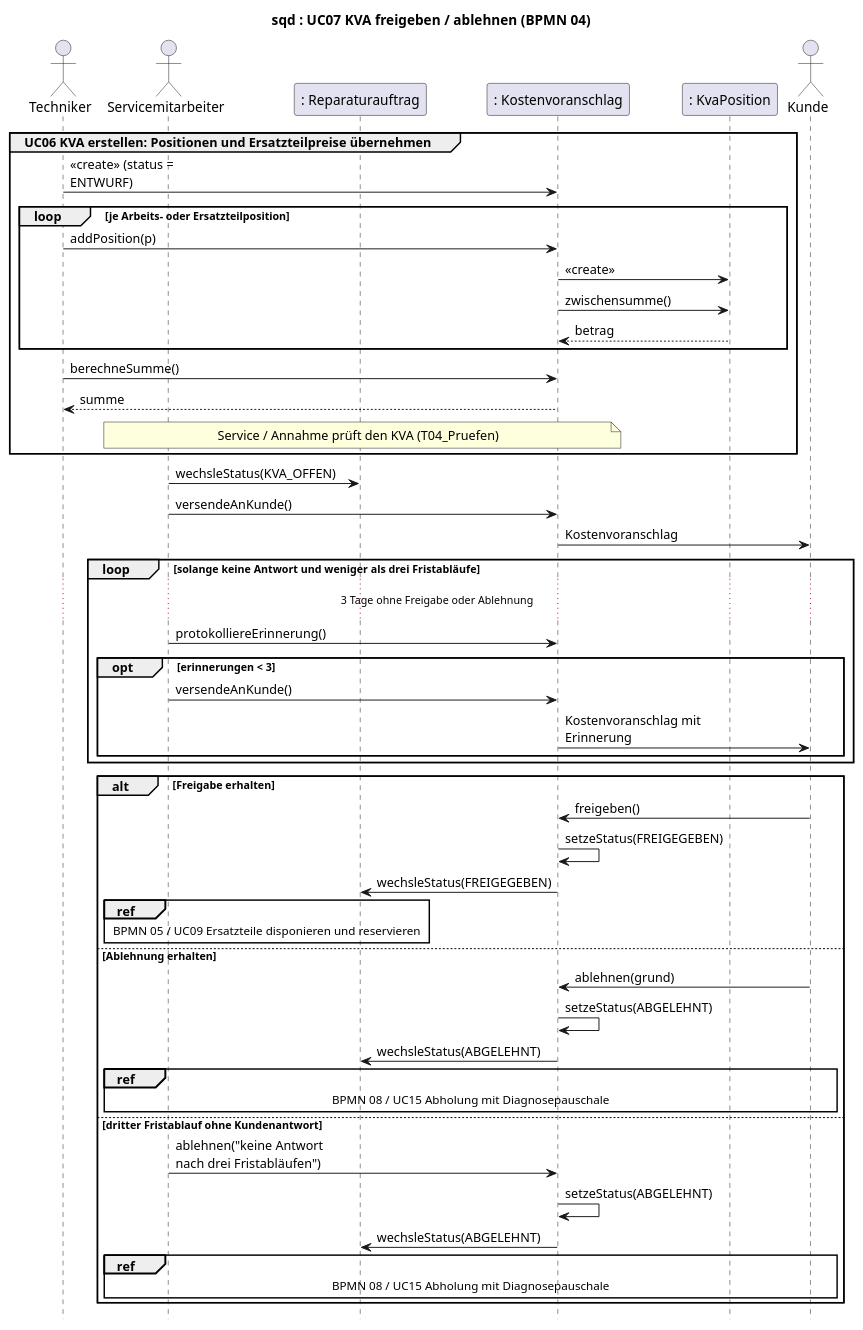
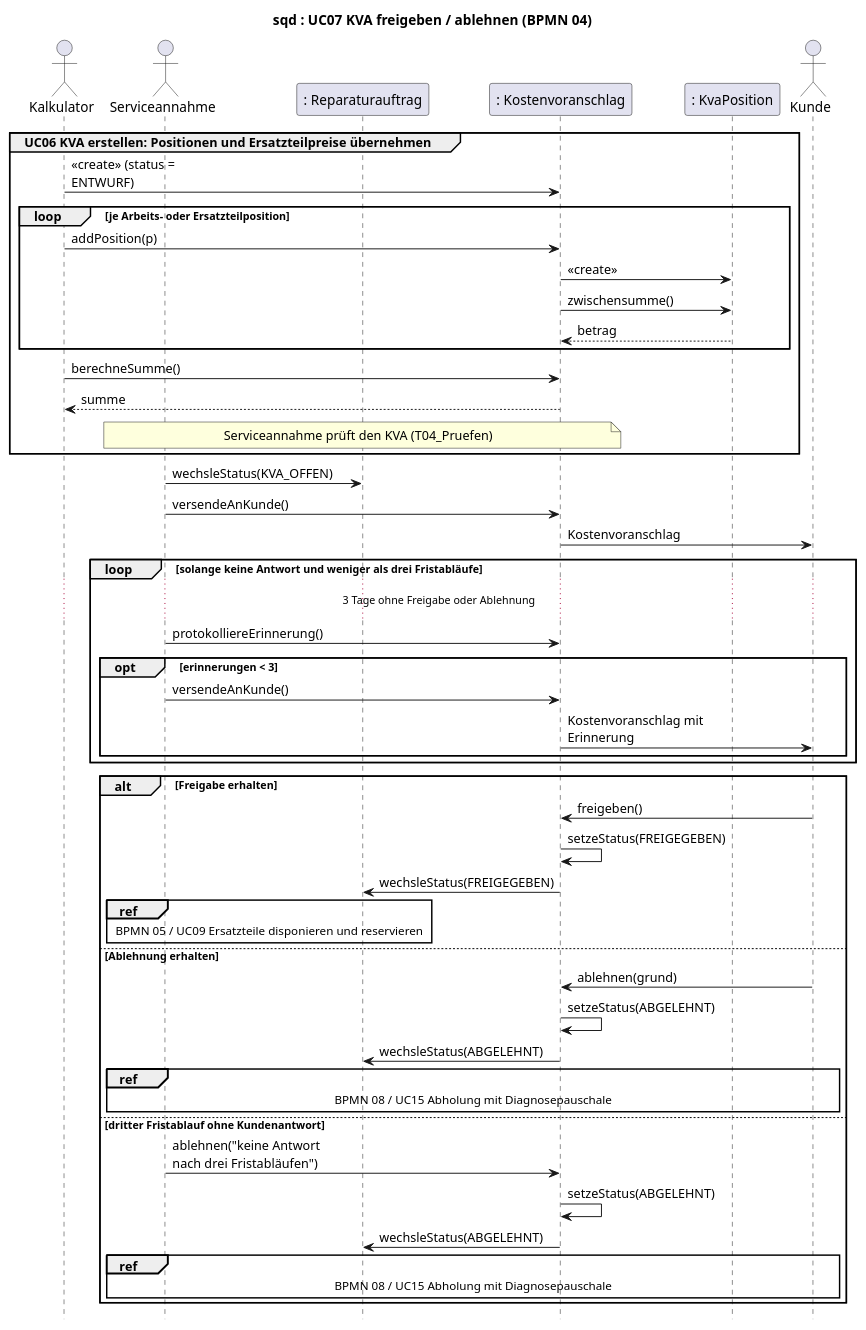
The diagram in 2_uml/entwurf-plantuml/sequenz-02-kva-freigabe.puml (jakobschwan123-cmd/casestudy-semester-3), drawn with PlantUML before and after one commit. The commit also changed 28 other files, not shown here.

```diff
--- a/2_uml/entwurf-plantuml/sequenz-02-kva-freigabe.puml
+++ b/2_uml/entwurf-plantuml/sequenz-02-kva-freigabe.puml
@@ -1,56 +1,56 @@
 @startuml
 ' BPMN: p04-kostenvoranschlag.bpmn
 ' BPMN-Nodes: T04_Positionen T04_Preise T04_Berechnen T04_Pruefen T04_Status T04_Senden E04_Freigabe E04_Ablehnung E04_Timer T04_Erinnerung GW04_Dritte T04_Freigegeben T04_Dispo T04_Abgelehnt T04_Abholung
 title sqd : UC07 KVA freigeben / ablehnen (BPMN 04)
 skinparam defaultFontName Arial
 skinparam sequenceMessageAlign left
 skinparam maxMessageSize 160
 hide footbox
 
-actor Techniker
-actor Servicemitarbeiter as SM
+actor Kalkulator as Techniker
+actor Serviceannahme as SM
 participant ": Reparaturauftrag" as RA
 participant ": Kostenvoranschlag" as KVA
 participant ": KvaPosition" as POS
 actor Kunde
 
 group UC06 KVA erstellen: Positionen und Ersatzteilpreise übernehmen
 Techniker -> KVA : <<create>> (status = ENTWURF)
 loop je Arbeits- oder Ersatzteilposition
     Techniker -> KVA : addPosition(p)
     KVA -> POS : <<create>>
     KVA -> POS : zwischensumme()
     POS --> KVA : betrag
 end
 Techniker -> KVA : berechneSumme()
 KVA --> Techniker : summe
-note over SM, KVA : Service / Annahme prüft den KVA (T04_Pruefen)
+note over SM, KVA : Serviceannahme prüft den KVA (T04_Pruefen)
 end
 SM -> RA : wechsleStatus(KVA_OFFEN)
 SM -> KVA : versendeAnKunde()
 KVA -> Kunde : Kostenvoranschlag
 loop solange keine Antwort und weniger als drei Fristabläufe
     ... 3 Tage ohne Freigabe oder Ablehnung ...
     SM -> KVA : protokolliereErinnerung()
     opt erinnerungen < 3
         SM -> KVA : versendeAnKunde()
         KVA -> Kunde : Kostenvoranschlag mit Erinnerung
     end
 end
 alt Freigabe erhalten
     Kunde -> KVA : freigeben()
     KVA -> KVA : setzeStatus(FREIGEGEBEN)
     KVA -> RA : wechsleStatus(FREIGEGEBEN)
     ref over SM, RA : BPMN 05 / UC09 Ersatzteile disponieren und reservieren
 else Ablehnung erhalten
     Kunde -> KVA : ablehnen(grund)
     KVA -> KVA : setzeStatus(ABGELEHNT)
     KVA -> RA : wechsleStatus(ABGELEHNT)
     ref over SM, RA, Kunde : BPMN 08 / UC15 Abholung mit Diagnosepauschale
 else dritter Fristablauf ohne Kundenantwort
     SM -> KVA : ablehnen("keine Antwort nach drei Fristabläufen")
     KVA -> KVA : setzeStatus(ABGELEHNT)
     KVA -> RA : wechsleStatus(ABGELEHNT)
     ref over SM, RA, Kunde : BPMN 08 / UC15 Abholung mit Diagnosepauschale
 end
 @enduml
```
